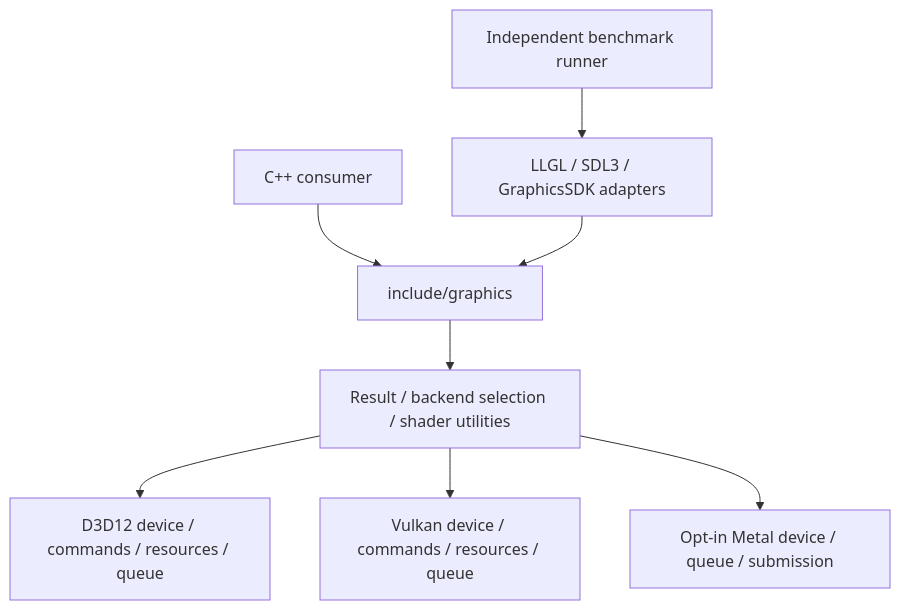
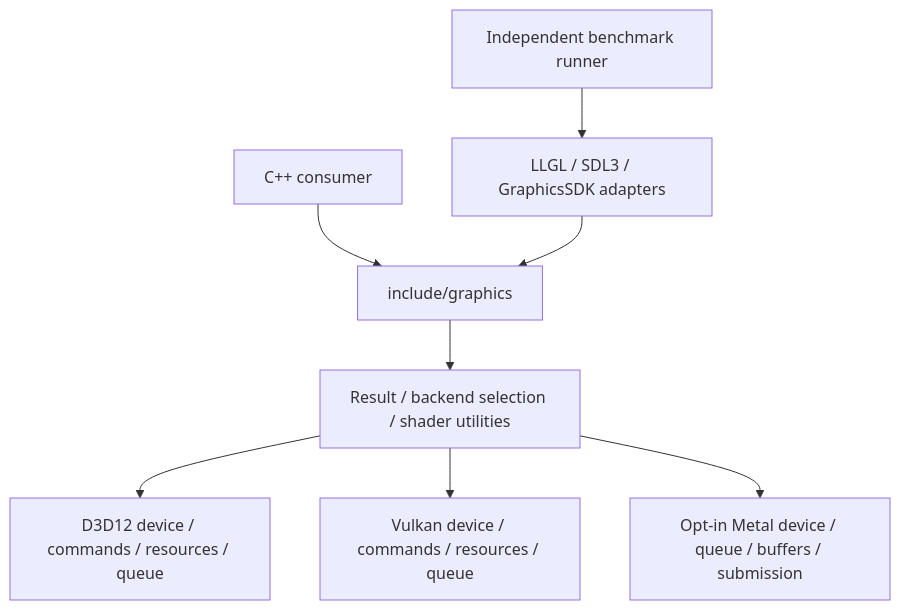
The diagram in docs/ARCHITECTURE.md (blackvrice/GraphicsSDK), drawn with Mermaid before and after one commit. The commit also changed other lines of this file and 16 other files, not shown here.

````diff
--- a/docs/ARCHITECTURE.md
+++ b/docs/ARCHITECTURE.md
@@ -7,10 +7,10 @@
 ```mermaid
 flowchart TD
   Consumer[C++ consumer] --> API[include/graphics]
   API --> Core[Result / backend selection / shader utilities]
   Core --> D3D12[D3D12 device / commands / resources / queue]
   Core --> Vulkan[Vulkan device / commands / resources / queue]
-  Core --> Metal[Opt-in Metal device / queue / submission]
+  Core --> Metal[Opt-in Metal device / queue / buffers / submission]
   Suite[Independent benchmark runner] --> Adapters[LLGL / SDL3 / GraphicsSDK adapters]
   Adapters --> API
 ```
````
